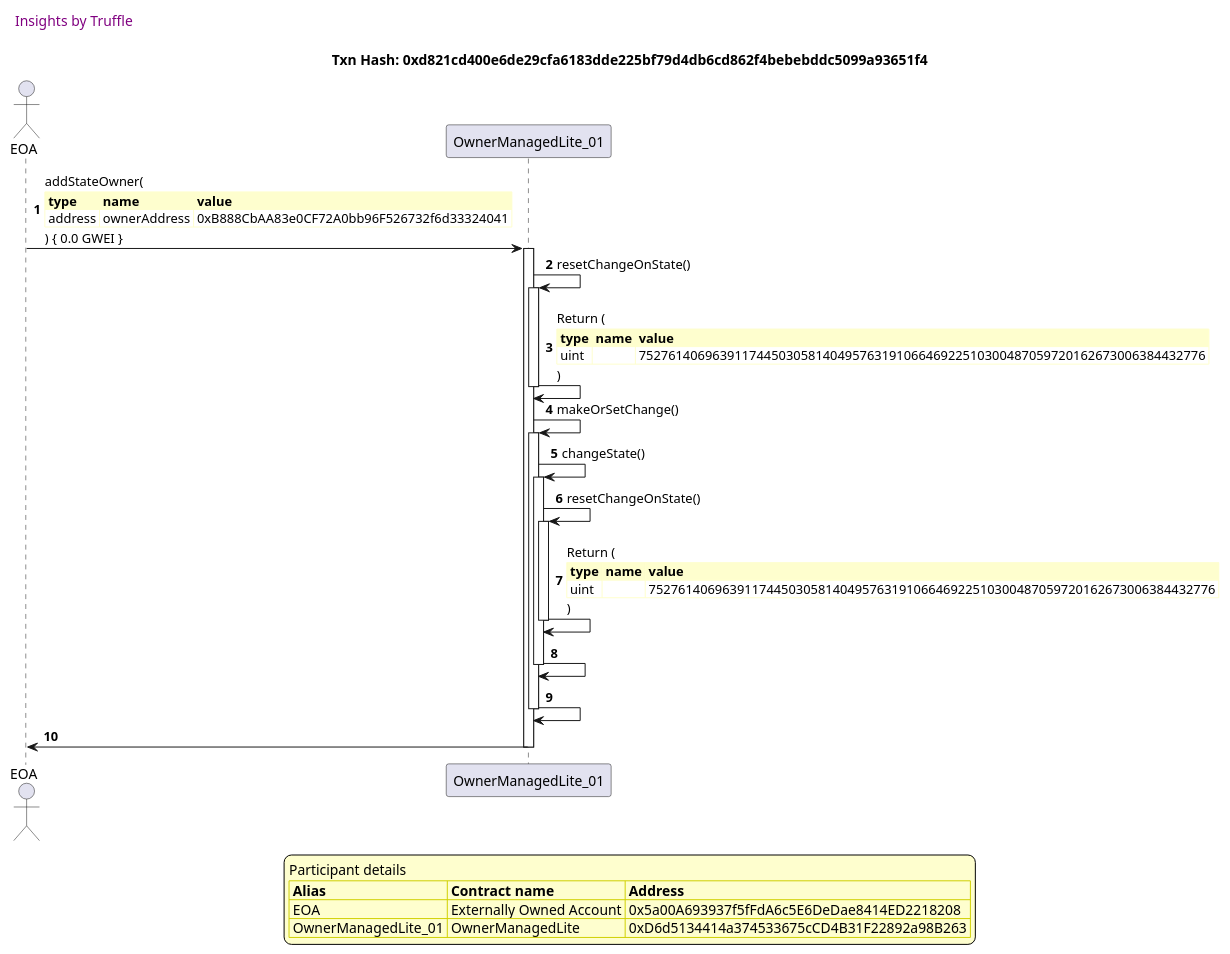
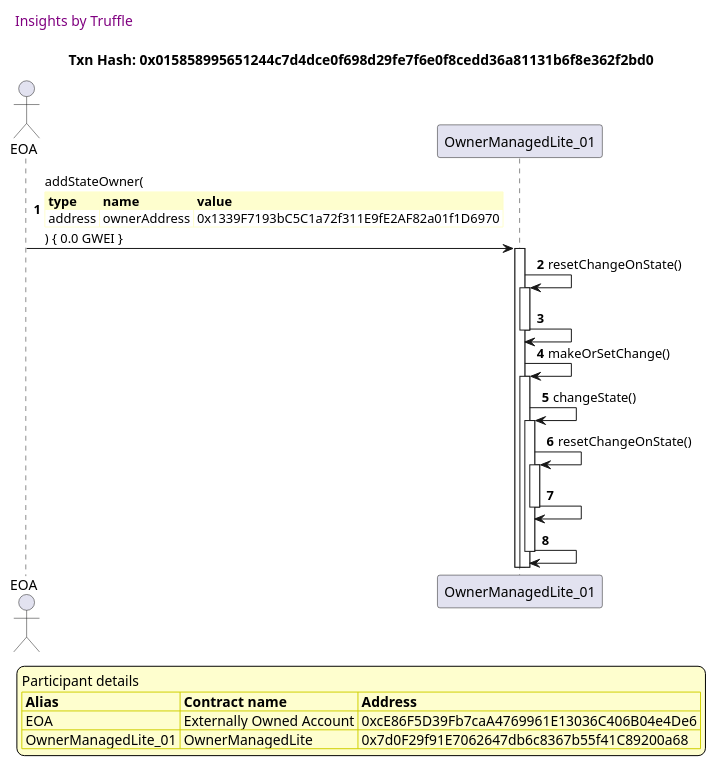
Diagram 12 of 28 in truffle-seq/OwnerManagedLite_test_required_owners_amount.md (thedarkjester/ConsensysAssignment), drawn with PlantUML before and after one commit. The commit also changed other lines of this file and 13 other files, not shown here.

````diff
--- a/truffle-seq/OwnerManagedLite_test_required_owners_amount.md
+++ b/truffle-seq/OwnerManagedLite_test_required_owners_amount.md
@@ -531,54 +531,46 @@
 ```plantuml
 
 
 @startuml
 
 autonumber
 skinparam legendBackgroundColor #FEFECE
 
 <style>
       header {
         HorizontalAlignment left
         FontColor purple
         FontSize 14
         Padding 10
       }
     </style>
 
 header Insights by Truffle
 
-title Txn Hash: 0xd821cd400e6de29cfa6183dde225bf79d4db6cd862f4bebebddc5099a93651f4
+title Txn Hash: 0x015858995651244c7d4dce0f698d29fe7f6e0f8cedd36a81131b6f8e362f2bd0
 
 
 actor EOA as "EOA"
 participant OwnerManagedLite_01 as "OwnerManagedLite_01"
 
 "EOA" -> "OwnerManagedLite_01" ++: addStateOwner(\n\
 <#FEFECE,#FEFECE>|= type |= name |= value |\n\
-| address | ownerAddress | 0xB888CbAA83e0CF72A0bb96F526732f6d33324041 |\n\
+| address | ownerAddress | 0x1339F7193bC5C1a72f311E9fE2AF82a01f1D6970 |\n\
 ) { 0.0 GWEI }
 "OwnerManagedLite_01" -> "OwnerManagedLite_01" ++: resetChangeOnState()
-"OwnerManagedLite_01" -> "OwnerManagedLite_01" --: Return (\n\
-<#FEFECE,#FEFECE>|= type |= name |= value |\n\
-| uint |  | 75276140696391174450305814049576319106646922510300487059720162673006384432776 |\n\
-)
+"OwnerManagedLite_01" -> "OwnerManagedLite_01" --: 
 "OwnerManagedLite_01" -> "OwnerManagedLite_01" ++: makeOrSetChange()
 "OwnerManagedLite_01" -> "OwnerManagedLite_01" ++: changeState()
 "OwnerManagedLite_01" -> "OwnerManagedLite_01" ++: resetChangeOnState()
-"OwnerManagedLite_01" -> "OwnerManagedLite_01" --: Return (\n\
-<#FEFECE,#FEFECE>|= type |= name |= value |\n\
-| uint |  | 75276140696391174450305814049576319106646922510300487059720162673006384432776 |\n\
-)
 "OwnerManagedLite_01" -> "OwnerManagedLite_01" --: 
 "OwnerManagedLite_01" -> "OwnerManagedLite_01" --: 
-"OwnerManagedLite_01" -> "EOA" --: 
 
 legend
 Participant details
 <#FEFECE,#D0D000>|= Alias |= Contract name |= Address |
-<#FEFECE>| EOA | Externally Owned Account | 0x5a00A693937f5fFdA6c5E6DeDae8414ED2218208 |
-<#FEFECE>| OwnerManagedLite_01 | OwnerManagedLite | 0xD6d5134414a374533675cCD4B31F22892a98B263 |
+<#FEFECE>| EOA | Externally Owned Account | 0xcE86F5D39Fb7caA4769961E13036C406B04e4De6 |
+<#FEFECE>| OwnerManagedLite_01 | OwnerManagedLite | 0x7d0F29f91E7062647db6c8367b55f41C89200a68 |
 endlegend
 
 @enduml
 ```
````
